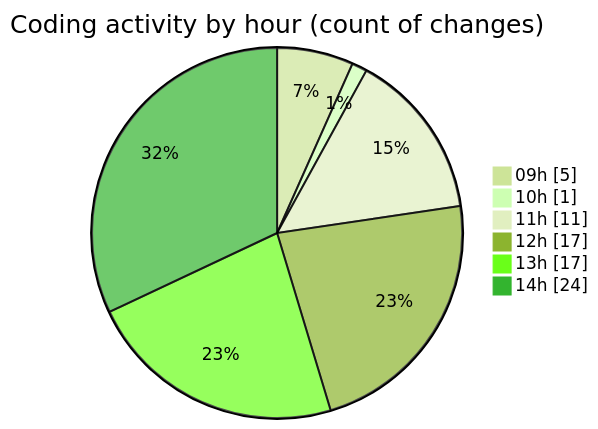
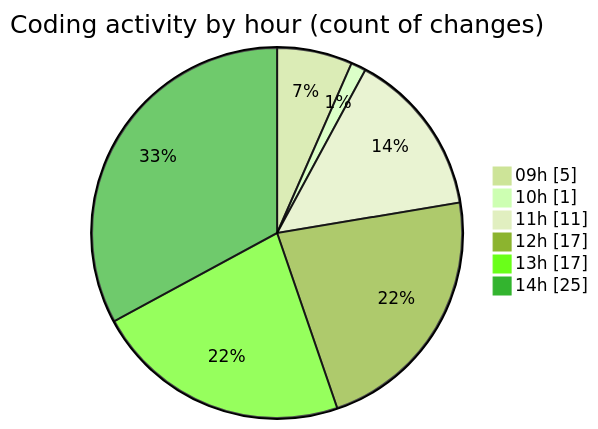
One commit to momahboobian/code-tracking changed the second of 2 diagrams in 2025-09-04/cda/README.md. Above: the diagram before and after it, drawn with Mermaid (forest theme). The commit also changed other lines of this file and 1 other file, not shown here.

````diff
--- a/2025-09-04/cda/README.md
+++ b/2025-09-04/cda/README.md
@@ -38,10 +39,10 @@
 ```mermaid
 pie showData
 title Coding activity by hour (count of changes)
 "09h" : 5
 "10h" : 1
 "11h" : 11
 "12h" : 17
 "13h" : 17
-"14h" : 24
+"14h" : 25
 ```
````
